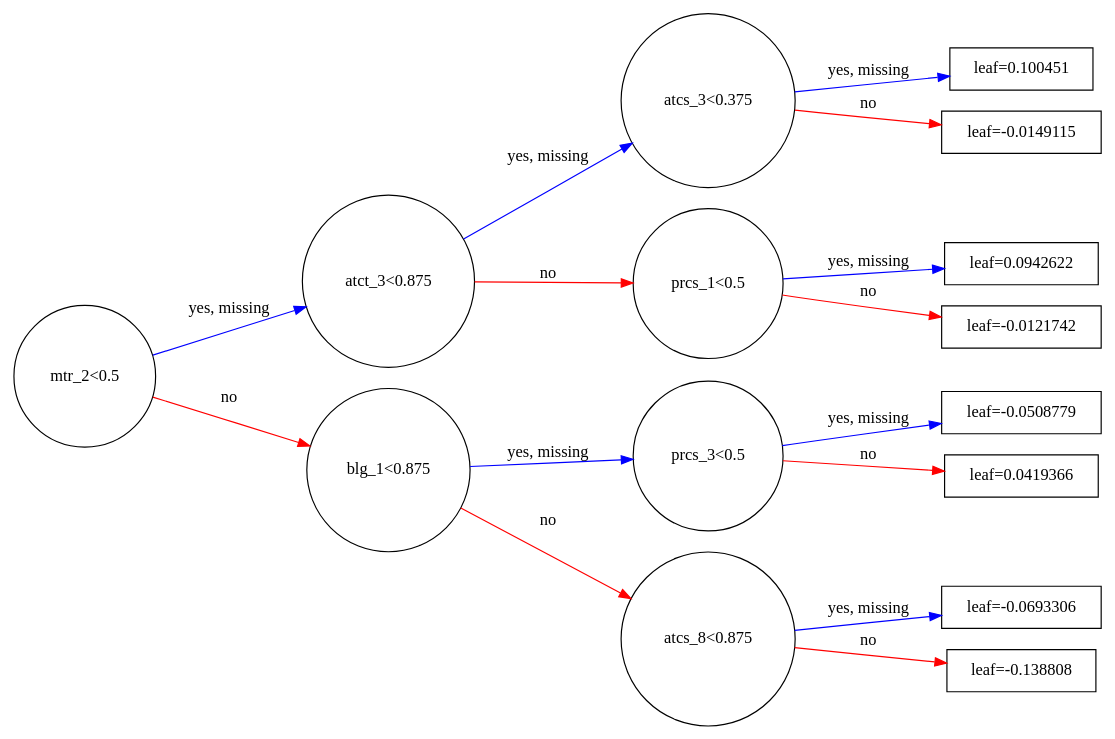
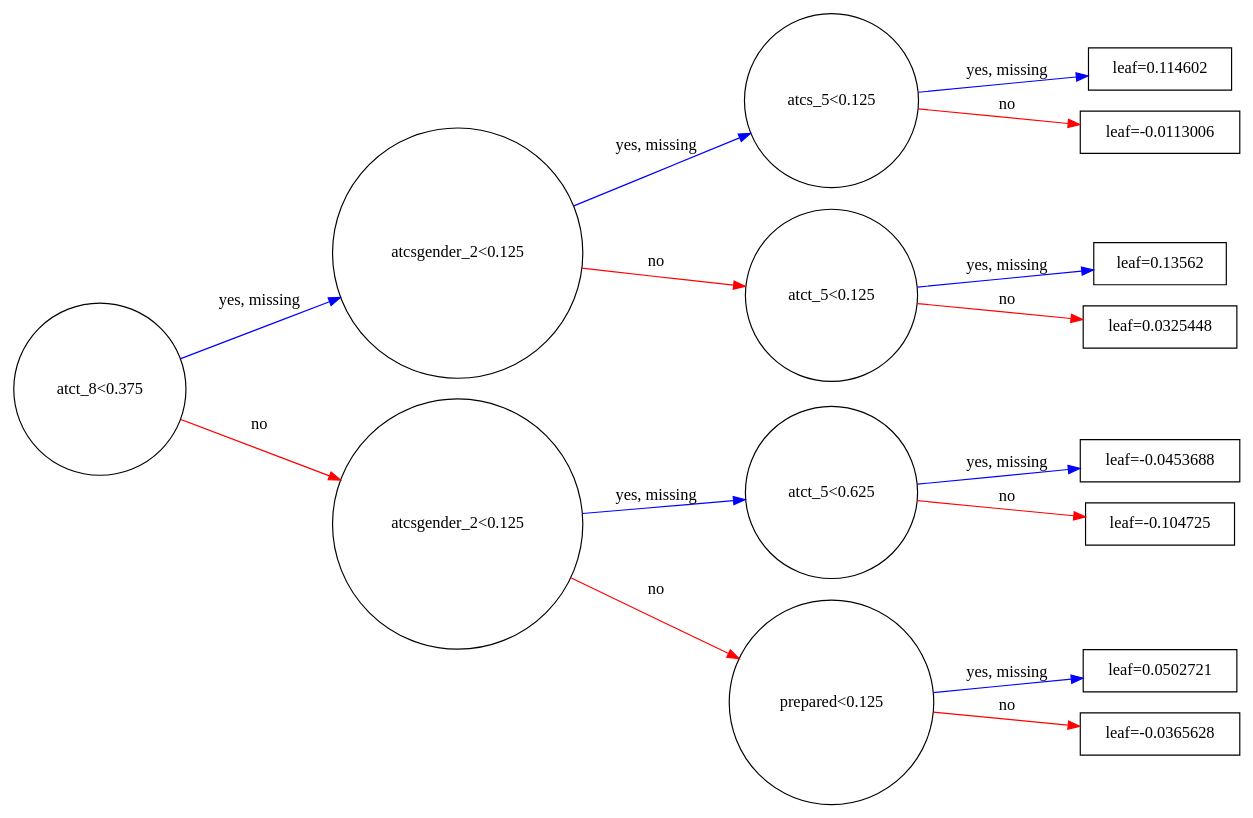
Before and after one commit to omoju/IntroCSExperiencePrediction: the diagram in report/figures/X_graph.gv, drawn with Graphviz. The commit also changed 9 other files, not shown here.

```diff
--- a/report/figures/X_graph.gv
+++ b/report/figures/X_graph.gv
@@ -1,32 +1,32 @@
 digraph {
 	graph [rankdir=LR]
-		0 [label="mtr_2<0.5" shape=circle]
+		0 [label="atct_8<0.375" shape=circle]
 			0 -> 1 [label="yes, missing" color="#0000FF"]
 			0 -> 2 [label=no color="#FF0000"]
-		1 [label="atct_3<0.875" shape=circle]
+		1 [label="atcsgender_2<0.125" shape=circle]
 			1 -> 3 [label="yes, missing" color="#0000FF"]
 			1 -> 4 [label=no color="#FF0000"]
-		3 [label="atcs_3<0.375" shape=circle]
+		3 [label="atcs_5<0.125" shape=circle]
 			3 -> 7 [label="yes, missing" color="#0000FF"]
 			3 -> 8 [label=no color="#FF0000"]
-		7 [label="leaf=0.100451" shape=box]
-		8 [label="leaf=-0.0149115" shape=box]
-		4 [label="prcs_1<0.5" shape=circle]
+		7 [label="leaf=0.114602" shape=box]
+		8 [label="leaf=-0.0113006" shape=box]
+		4 [label="atct_5<0.125" shape=circle]
 			4 -> 9 [label="yes, missing" color="#0000FF"]
 			4 -> 10 [label=no color="#FF0000"]
-		9 [label="leaf=0.0942622" shape=box]
-		10 [label="leaf=-0.0121742" shape=box]
-		2 [label="blg_1<0.875" shape=circle]
+		9 [label="leaf=0.13562" shape=box]
+		10 [label="leaf=0.0325448" shape=box]
+		2 [label="atcsgender_2<0.125" shape=circle]
 			2 -> 5 [label="yes, missing" color="#0000FF"]
 			2 -> 6 [label=no color="#FF0000"]
-		5 [label="prcs_3<0.5" shape=circle]
+		5 [label="atct_5<0.625" shape=circle]
 			5 -> 11 [label="yes, missing" color="#0000FF"]
 			5 -> 12 [label=no color="#FF0000"]
-		11 [label="leaf=-0.0508779" shape=box]
-		12 [label="leaf=0.0419366" shape=box]
-		6 [label="atcs_8<0.875" shape=circle]
+		11 [label="leaf=-0.0453688" shape=box]
+		12 [label="leaf=-0.104725" shape=box]
+		6 [label="prepared<0.125" shape=circle]
 			6 -> 13 [label="yes, missing" color="#0000FF"]
 			6 -> 14 [label=no color="#FF0000"]
-		13 [label="leaf=-0.0693306" shape=box]
-		14 [label="leaf=-0.138808" shape=box]
+		13 [label="leaf=0.0502721" shape=box]
+		14 [label="leaf=-0.0365628" shape=box]
 }
```
